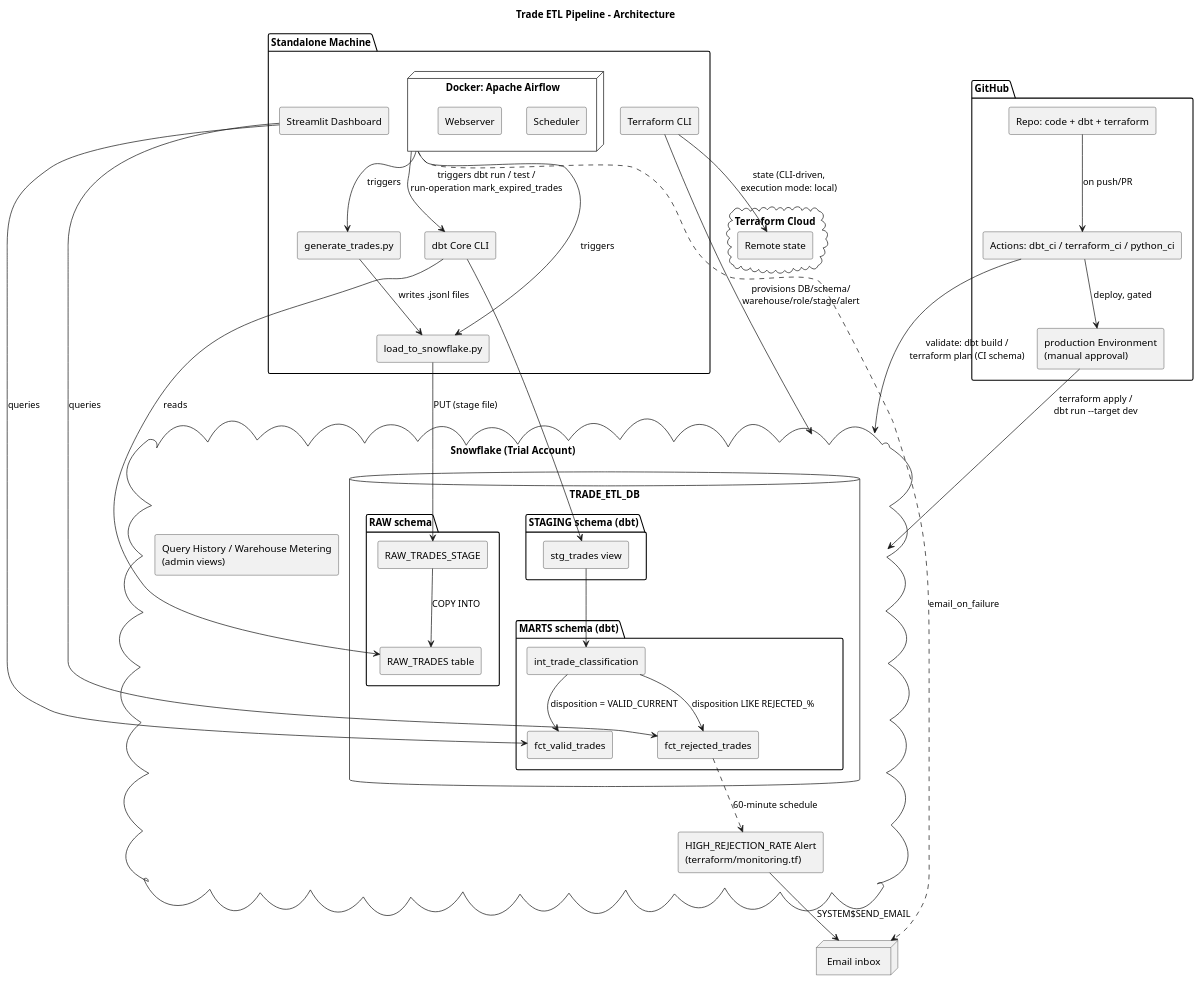
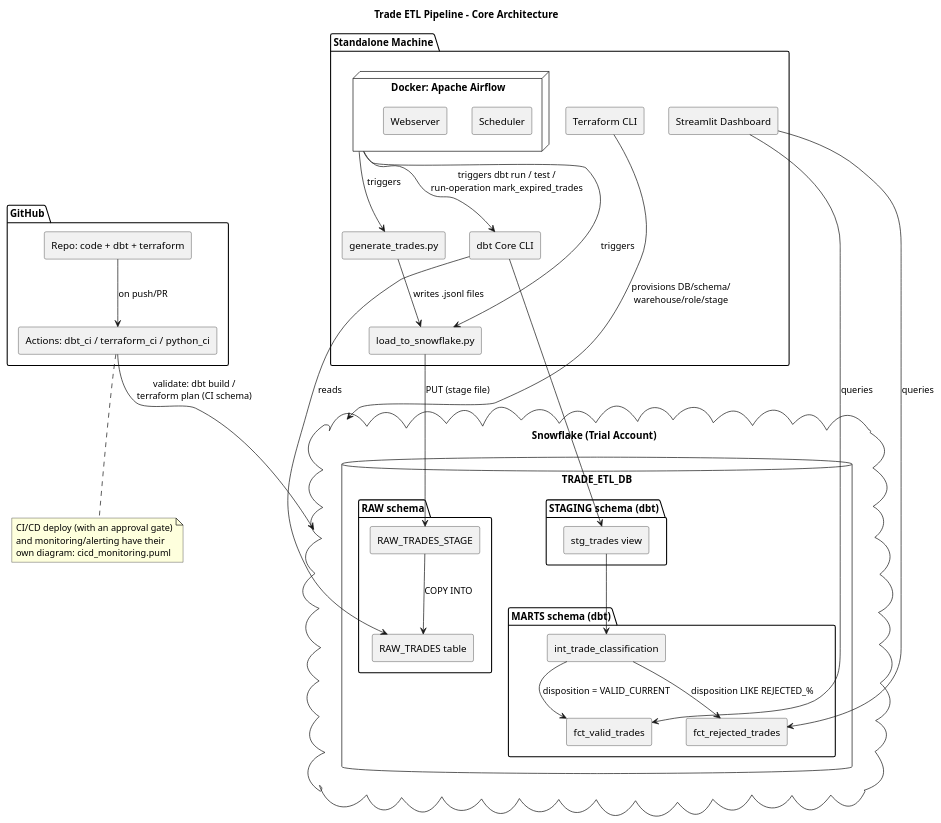
One commit to ramanjaneyulu73/trade-etl-case-study changed the diagram in docs/diagrams/architecture.puml. Above: the diagram before and after it, drawn with PlantUML. The commit also changed 3 other files, not shown here.

```diff
--- a/docs/diagrams/architecture.puml
+++ b/docs/diagrams/architecture.puml
@@ -1,72 +1,63 @@
 @startuml architecture
-title Trade ETL Pipeline - Architecture
+title Trade ETL Pipeline - Core Architecture
 
 skinparam componentStyle rectangle
 
 package "Standalone Machine" {
   [generate_trades.py] as Gen
   [load_to_snowflake.py] as Load
   [dbt Core CLI] as Dbt
   [Streamlit Dashboard] as Dash
   [Terraform CLI] as TF
   node "Docker: Apache Airflow" as Airflow {
     [Scheduler]
     [Webserver]
   }
-}
-
-cloud "Terraform Cloud" as TFC {
-  [Remote state] as TFState
 }
 
 cloud "Snowflake (Trial Account)" {
   database "TRADE_ETL_DB" {
     folder "RAW schema" {
       [RAW_TRADES_STAGE] as Stage
       [RAW_TRADES table] as RawTable
     }
     folder "STAGING schema (dbt)" {
       [stg_trades view]
     }
     folder "MARTS schema (dbt)" {
       [int_trade_classification]
       [fct_valid_trades]
       [fct_rejected_trades]
     }
   }
-  [Query History / Warehouse Metering\n(admin views)] as AdminViews
-  [HIGH_REJECTION_RATE Alert\n(terraform/monitoring.tf)] as Alert
 }
 
 package "GitHub" {
   [Repo: code + dbt + terraform] as Repo
   [Actions: dbt_ci / terraform_ci / python_ci] as CI
-  [production Environment\n(manual approval)] as Env
 }
-
-node "Email inbox" as Inbox
 
 Gen --> Load : writes .jsonl files
 Load --> Stage : PUT (stage file)
 Stage --> RawTable : COPY INTO
 Airflow --> Gen : triggers
 Airflow --> Load : triggers
 Airflow --> Dbt : triggers dbt run / test /\nrun-operation mark_expired_trades
 Dbt --> RawTable : reads
 Dbt --> [stg_trades view]
 [stg_trades view] --> [int_trade_classification]
 [int_trade_classification] --> [fct_valid_trades] : disposition = VALID_CURRENT
 [int_trade_classification] --> [fct_rejected_trades] : disposition LIKE REJECTED_%
-[fct_rejected_trades] ..> Alert : 60-minute schedule
-Alert --> Inbox : SYSTEM$SEND_EMAIL
-Airflow ..> Inbox : email_on_failure
 Dash --> [fct_valid_trades] : queries
 Dash --> [fct_rejected_trades] : queries
-TF --> TFState : state (CLI-driven,\nexecution mode: local)
-TF --> "Snowflake (Trial Account)" : provisions DB/schema/\nwarehouse/role/stage/alert
+TF --> "Snowflake (Trial Account)" : provisions DB/schema/\nwarehouse/role/stage
 Repo --> CI : on push/PR
 CI --> "Snowflake (Trial Account)" : validate: dbt build /\nterraform plan (CI schema)
-CI --> Env : deploy, gated
-Env --> "Snowflake (Trial Account)" : terraform apply /\ndbt run --target dev
+
+note bottom of CI
+  CI/CD deploy (with an approval gate)
+  and monitoring/alerting have their
+  own diagram: cicd_monitoring.puml
+end note
 
 @enduml
```
